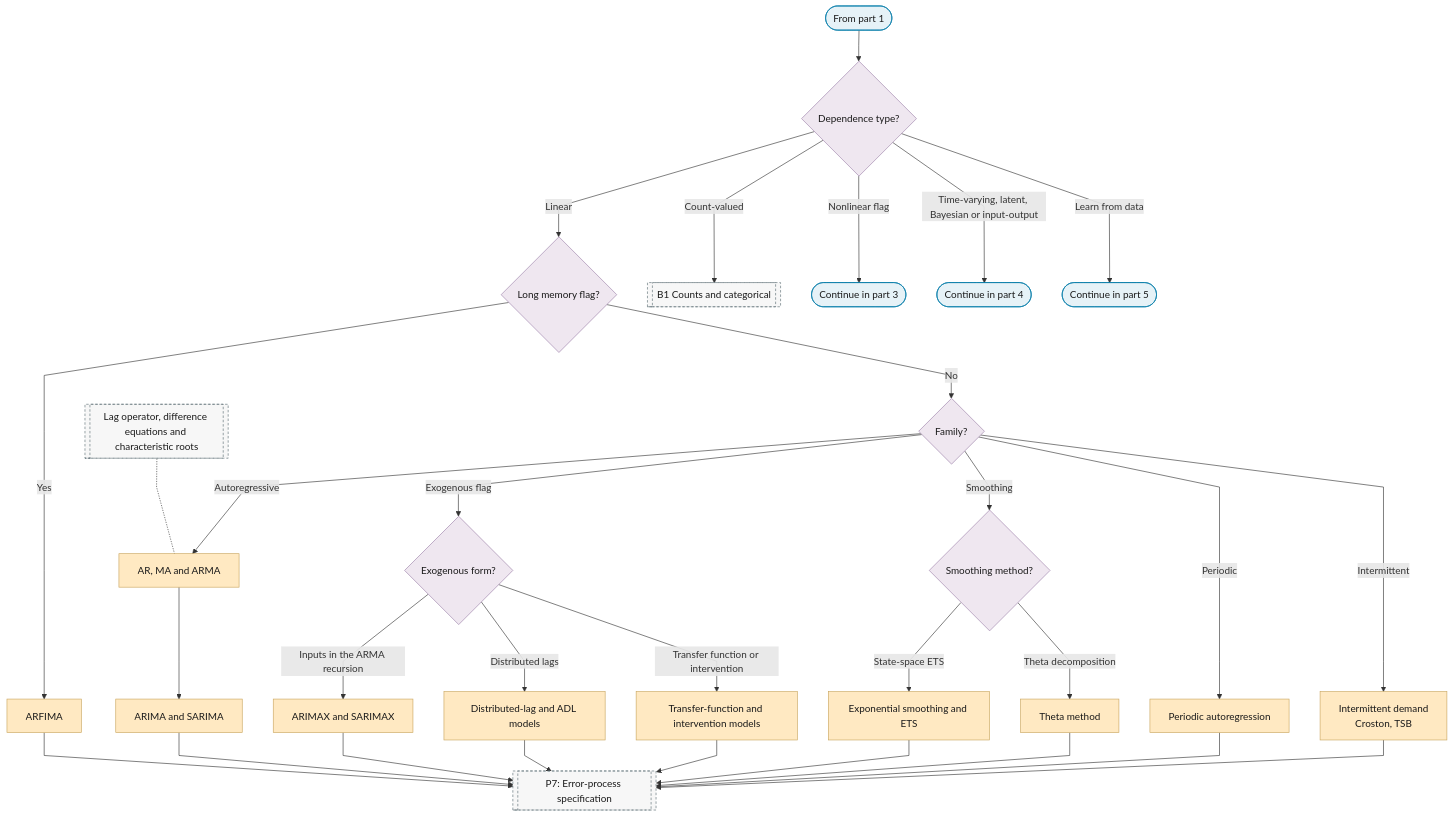
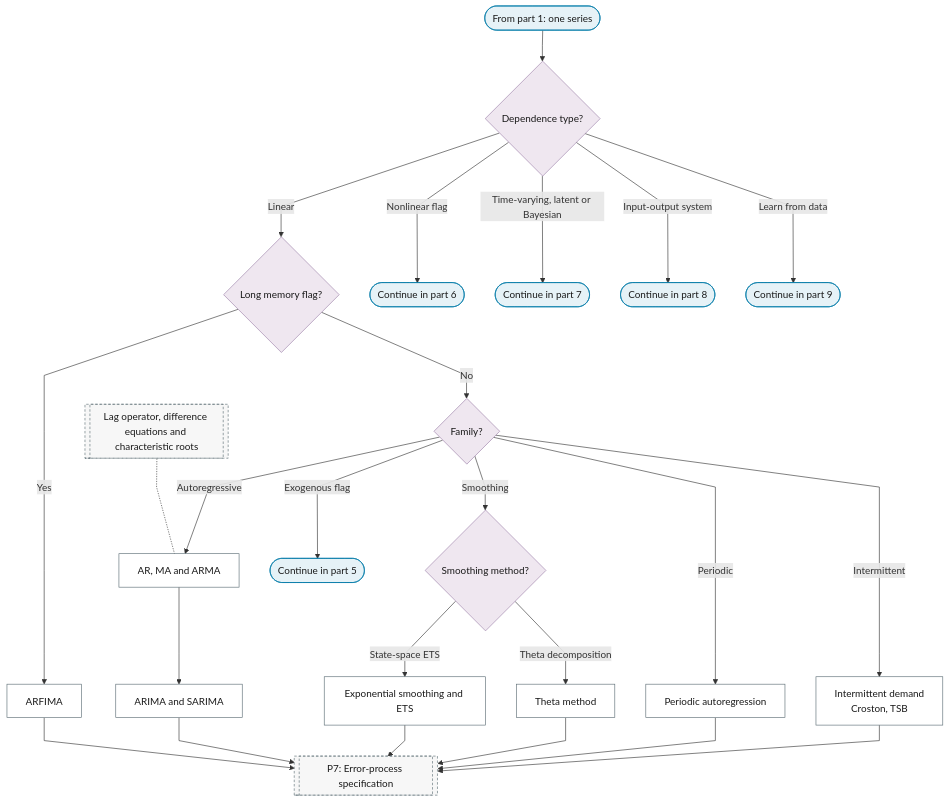
Before and after one commit to Shuxin-Y/time-series-analysis-manual: the fourth of 10 diagrams in docs/01-workflow/p06-mean-model-class.md, drawn with Mermaid. The commit also changed other lines of this file, not shown here.

First line of the commit message:
fix(flowchart): P6 routes on one flag at a time and offers BVAR to multivariate readers

````diff
--- a/docs/01-workflow/p06-mean-model-class.md
+++ b/docs/01-workflow/p06-mean-model-class.md
@@ -52,39 +98,35 @@
 ```mermaid
 %%{init: {"flowchart": {"curve": "linear"}}}%%
 graph TD
-    P6_PART_2_IN(["From part 1"]) --> P6_DEPENDENCE{"Dependence type?"}
+    P6_PART_4_IN(["From part 1: one series"]) --> P6_DEPENDENCE{"Dependence type?"}
     P6_DEPENDENCE -->|"Linear"| P6_LINEAR{"Long memory flag?"}
-    P6_DEPENDENCE -->|"Count-valued"| B1[["B1 Counts and categorical"]]
-    P6_DEPENDENCE -->|"Nonlinear flag"| P6_TO_PART_3(["Continue in part 3"])
-    P6_DEPENDENCE -->|"Time-varying, latent, Bayesian or input-output"| P6_TO_PART_4(["Continue in part 4"])
-    P6_DEPENDENCE -->|"Learn from data"| P6_TO_PART_5(["Continue in part 5"])
+    P6_DEPENDENCE -->|"Nonlinear flag"| P6_TO_PART_6(["Continue in part 6"])
+    P6_DEPENDENCE -->|"Time-varying, latent or Bayesian"| P6_TO_PART_7(["Continue in part 7"])
+    P6_DEPENDENCE -->|"Input-output system"| P6_TO_PART_8(["Continue in part 8"])
+    P6_DEPENDENCE -->|"Learn from data"| P6_TO_PART_9(["Continue in part 9"])
     P6_LINEAR -->|"Yes"| P6_ARFIMA["ARFIMA"]
     P6_LINEAR -->|"No"| P6_LINEAR_FAMILY{"Family?"}
     P6_LINEAR_FAMILY -->|"Autoregressive"| P6_AR_MA_ARMA["AR, MA and ARMA"]
-    P6_LINEAR_FAMILY -->|"Exogenous flag"| P6_EXOG_FORM{"Exogenous form?"}
+    P6_LINEAR_FAMILY -->|"Exogenous flag"| P6_TO_PART_5(["Continue in part 5"])
     P6_LINEAR_FAMILY -->|"Smoothing"| P6_SMOOTHING{"Smoothing method?"}
-    P6_EXOG_FORM -->|"Inputs in the ARMA recursion"| P6_ARIMAX["ARIMAX and SARIMAX"]
-    P6_EXOG_FORM -->|"Distributed lags"| P6_DYNAMIC_REGRESSION["Distributed-lag and ADL models"]
-    P6_EXOG_FORM -->|"Transfer function or intervention"| P6_TRANSFER_FUNCTION["Transfer-function and intervention models"]
+    P6_LINEAR_FAMILY -->|"Periodic"| P6_PERIODIC_AR["Periodic autoregression"]
+    P6_LINEAR_FAMILY -->|"Intermittent"| P6_INTERMITTENT["Intermittent demand<br/>Croston, TSB"]
     P6_SMOOTHING -->|"State-space ETS"| P6_ETS["Exponential smoothing and ETS"]
     P6_SMOOTHING -->|"Theta decomposition"| P6_THETA["Theta method"]
-    P6_LINEAR_FAMILY -->|"Periodic"| P6_PERIODIC_AR["Periodic autoregression"]
-    P6_LINEAR_FAMILY -->|"Intermittent"| P6_INTERMITTENT["Intermittent demand<br/>Croston, TSB"]
     P6_AR_MA_ARMA --> P6_ARIMA_SARIMA["ARIMA and SARIMA"]
-    P6_ARFIMA & P6_ARIMA_SARIMA & P6_ARIMAX & P6_DYNAMIC_REGRESSION & P6_TRANSFER_FUNCTION --> P7
-    P6_ETS & P6_THETA & P6_PERIODIC_AR & P6_INTERMITTENT --> P7[["P7: Error-process specification"]]
+    P6_ARFIMA & P6_ARIMA_SARIMA & P6_ETS --> P7
+    P6_THETA & P6_PERIODIC_AR & P6_INTERMITTENT --> P7[["P7: Error-process specification"]]
     F_LAG_OPERATOR[["Lag operator, difference equations and characteristic roots"]] -.- P6_AR_MA_ARMA
-    class P6_PART_2_IN,P6_TO_PART_3,P6_TO_PART_4,P6_TO_PART_5 terminator
-    class P6_DEPENDENCE,P6_LINEAR,P6_LINEAR_FAMILY decision
-    class P6_ARFIMA,P6_AR_MA_ARMA,P6_ARIMAX,P6_ETS,P6_PERIODIC_AR,P6_INTERMITTENT,P6_ARIMA_SARIMA,P6_DYNAMIC_REGRESSION,P6_TRANSFER_FUNCTION,P6_THETA escalate
-    class B1,P7,F_LAG_OPERATOR ref
-    class P6_EXOG_FORM,P6_SMOOTHING decision
+    class P6_PART_4_IN,P6_TO_PART_6,P6_TO_PART_7,P6_TO_PART_8,P6_TO_PART_9,P6_TO_PART_5 terminator
+    class P6_DEPENDENCE,P6_LINEAR,P6_LINEAR_FAMILY,P6_SMOOTHING decision
+    class P6_ARFIMA,P6_AR_MA_ARMA,P6_PERIODIC_AR,P6_INTERMITTENT,P6_ETS,P6_THETA,P6_ARIMA_SARIMA process
+    class P7,F_LAG_OPERATOR ref
     classDef terminator fill:#E6F2F7,stroke:#007BA7,color:#1A1A1A;
     classDef process fill:#FFFFFF,stroke:#5A6B73,color:#1A1A1A;
     classDef decision fill:#EFE7F0,stroke:#9B7FA7,color:#1A1A1A;
     classDef data fill:#FFF4E0,stroke:#C9A55E,color:#1A1A1A;
     classDef good fill:#DCEFD8,stroke:#4A7A3F,color:#1A1A1A;
     classDef escalate fill:#FFE9C2,stroke:#C9A55E,color:#1A1A1A;
     classDef problem fill:#F2D9DE,stroke:#800020,color:#1A1A1A;
     classDef ref fill:#F7F7F7,stroke:#5A6B73,color:#1A1A1A,stroke-dasharray:4 3;
 ```
````
